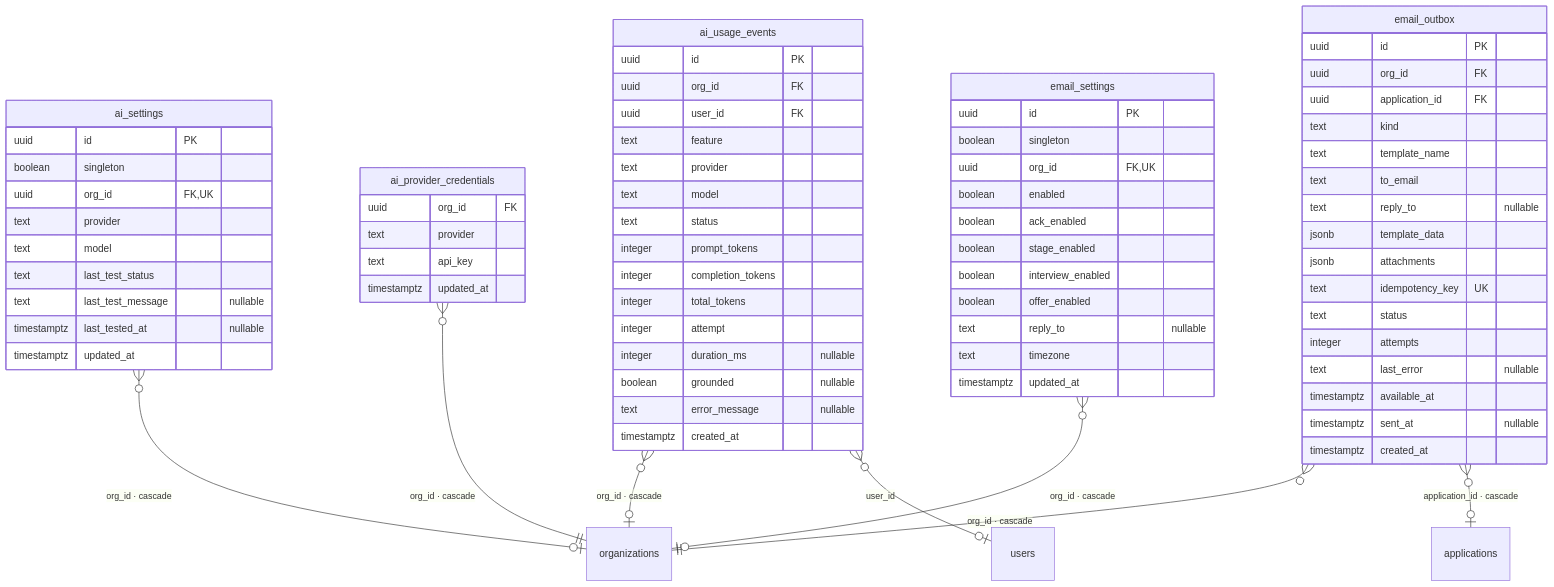
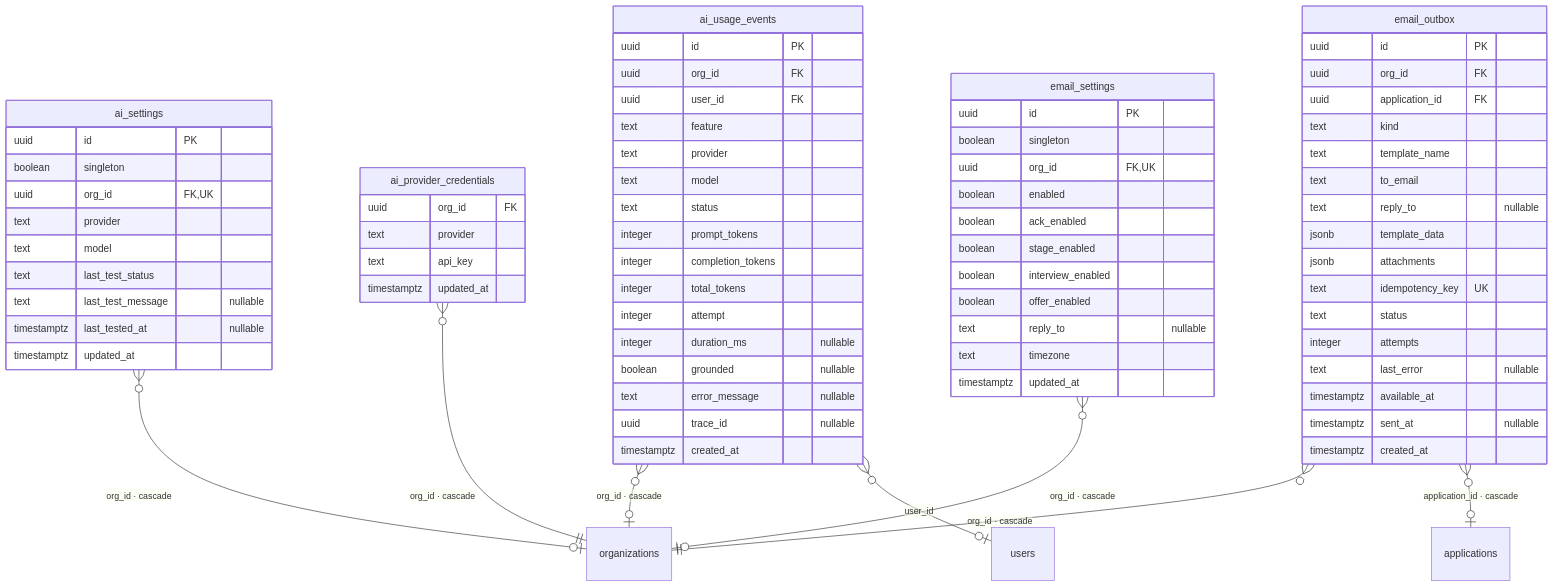
One commit to madhu-yavar/yavar-ats changed the ninth of 9 diagrams in docs/er-diagram.md. Above: the diagram before and after it, drawn with Mermaid. The commit also changed other lines of this file and 19 other files, not shown here.

````diff
--- a/docs/er-diagram.md
+++ b/docs/er-diagram.md
@@ -880,76 +880,77 @@
 ```mermaid
 erDiagram
   ai_settings {
     uuid id PK
     boolean singleton
     uuid org_id FK,UK
     text provider
     text model
     text last_test_status
     text last_test_message "nullable"
     timestamptz last_tested_at "nullable"
     timestamptz updated_at
   }
   ai_provider_credentials {
     uuid org_id FK
     text provider
     text api_key
     timestamptz updated_at
   }
   ai_usage_events {
     uuid id PK
     uuid org_id FK
     uuid user_id FK
     text feature
     text provider
     text model
     text status
     integer prompt_tokens
     integer completion_tokens
     integer total_tokens
     integer attempt
     integer duration_ms "nullable"
     boolean grounded "nullable"
     text error_message "nullable"
+    uuid trace_id "nullable"
     timestamptz created_at
   }
   email_outbox {
     uuid id PK
     uuid org_id FK
     uuid application_id FK
     text kind
     text template_name
     text to_email
     text reply_to "nullable"
     jsonb template_data
     jsonb attachments
     text idempotency_key UK
     text status
     integer attempts
     text last_error "nullable"
     timestamptz available_at
     timestamptz sent_at "nullable"
     timestamptz created_at
   }
   email_settings {
     uuid id PK
     boolean singleton
     uuid org_id FK,UK
     boolean enabled
     boolean ack_enabled
     boolean stage_enabled
     boolean interview_enabled
     boolean offer_enabled
     text reply_to "nullable"
     text timezone
     timestamptz updated_at
   }
 
   ai_settings }o--o| organizations : "org_id · cascade"
   ai_provider_credentials }o--|| organizations : "org_id · cascade"
   ai_usage_events }o--o| organizations : "org_id · cascade"
   ai_usage_events }o--o| users : "user_id"
   email_outbox }o--|| organizations : "org_id · cascade"
   email_outbox }o--o| applications : "application_id · cascade"
   email_settings }o--o| organizations : "org_id · cascade"
 ```
````
